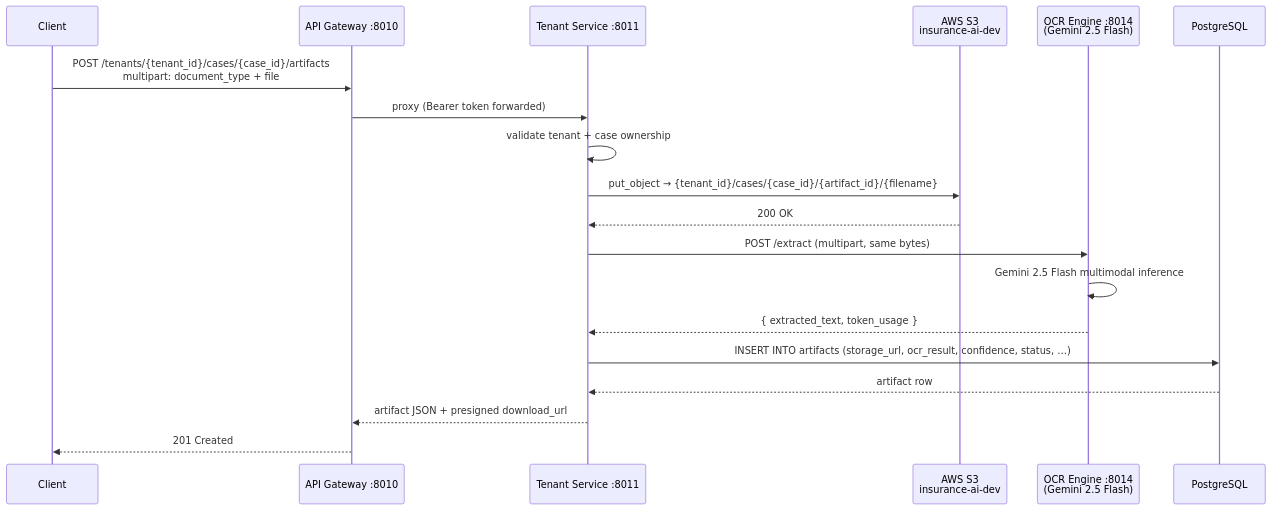
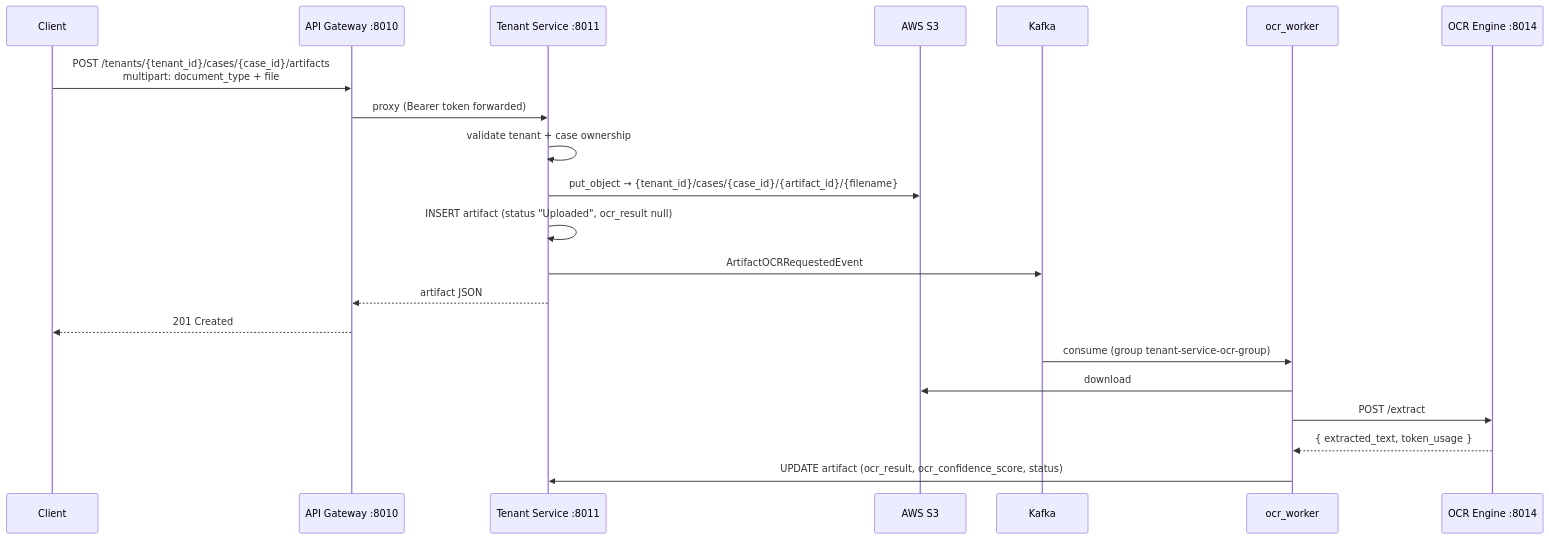
Before and after one commit to Nouman64-cat/insurance-ai: the diagram in docs/docs/artifacts.md, drawn with Mermaid. The commit also changed other lines of this file and 13 other files, not shown here.

````diff
--- a/docs/docs/artifacts.md
+++ b/docs/docs/artifacts.md
@@ -15,22 +15,24 @@
 ```mermaid
 sequenceDiagram
     participant Client
     participant Gateway as API Gateway :8010
     participant Tenant as Tenant Service :8011
-    participant S3 as AWS S3<br/>insurance-ai-dev
-    participant OCR as OCR Engine :8014<br/>(Gemini 2.5 Flash)
-    participant PG as PostgreSQL
+    participant S3 as AWS S3
+    participant KF as Kafka
+    participant W as ocr_worker
+    participant OCR as OCR Engine :8014
 
     Client->>Gateway: POST /tenants/{tenant_id}/cases/{case_id}/artifacts<br/>multipart: document_type + file
     Gateway->>Tenant: proxy (Bearer token forwarded)
     Tenant->>Tenant: validate tenant + case ownership
     Tenant->>S3: put_object → {tenant_id}/cases/{case_id}/{artifact_id}/{filename}
-    S3-->>Tenant: 200 OK
-    Tenant->>OCR: POST /extract (multipart, same bytes)
-    OCR->>OCR: Gemini 2.5 Flash multimodal inference
-    OCR-->>Tenant: { extracted_text, token_usage }
-    Tenant->>PG: INSERT INTO artifacts (storage_url, ocr_result, confidence, status, …)
-    PG-->>Tenant: artifact row
-    Tenant-->>Gateway: artifact JSON + presigned download_url
+    Tenant->>Tenant: INSERT artifact (status "Uploaded", ocr_result null)
+    Tenant->>KF: ArtifactOCRRequestedEvent
+    Tenant-->>Gateway: artifact JSON
     Gateway-->>Client: 201 Created
+    KF->>W: consume (group tenant-service-ocr-group)
+    W->>S3: download
+    W->>OCR: POST /extract
+    OCR-->>W: { extracted_text, token_usage }
+    W->>Tenant: UPDATE artifact (ocr_result, ocr_confidence_score, status)
 ```
````
